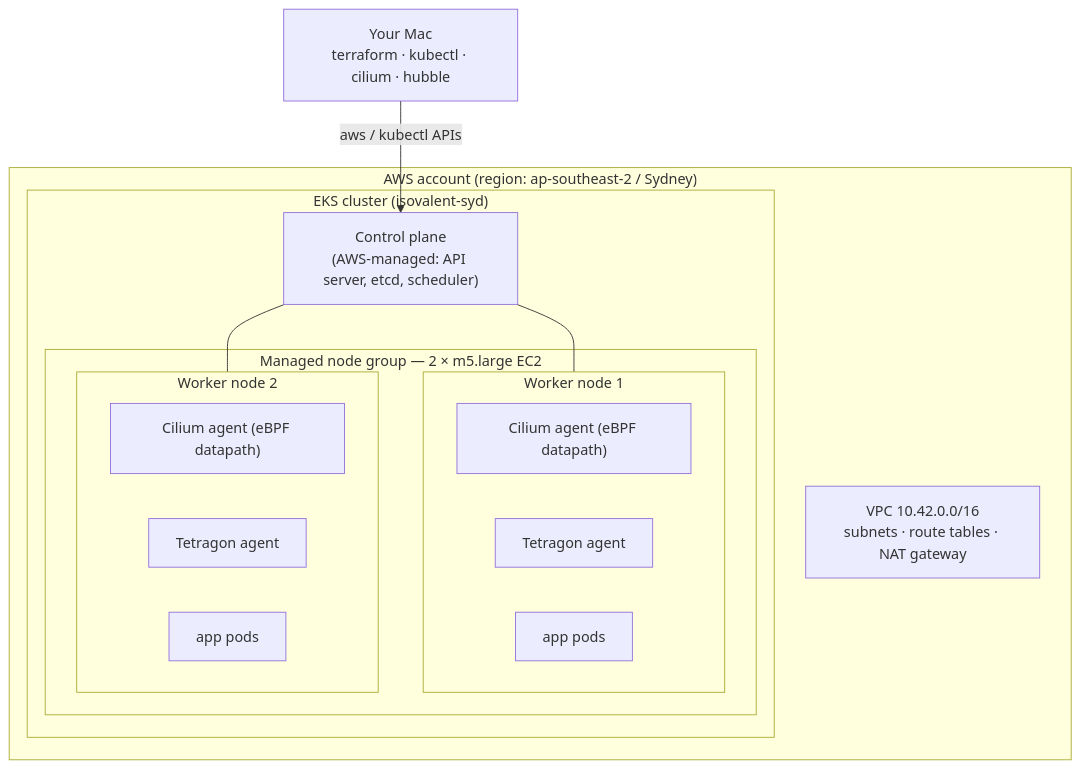
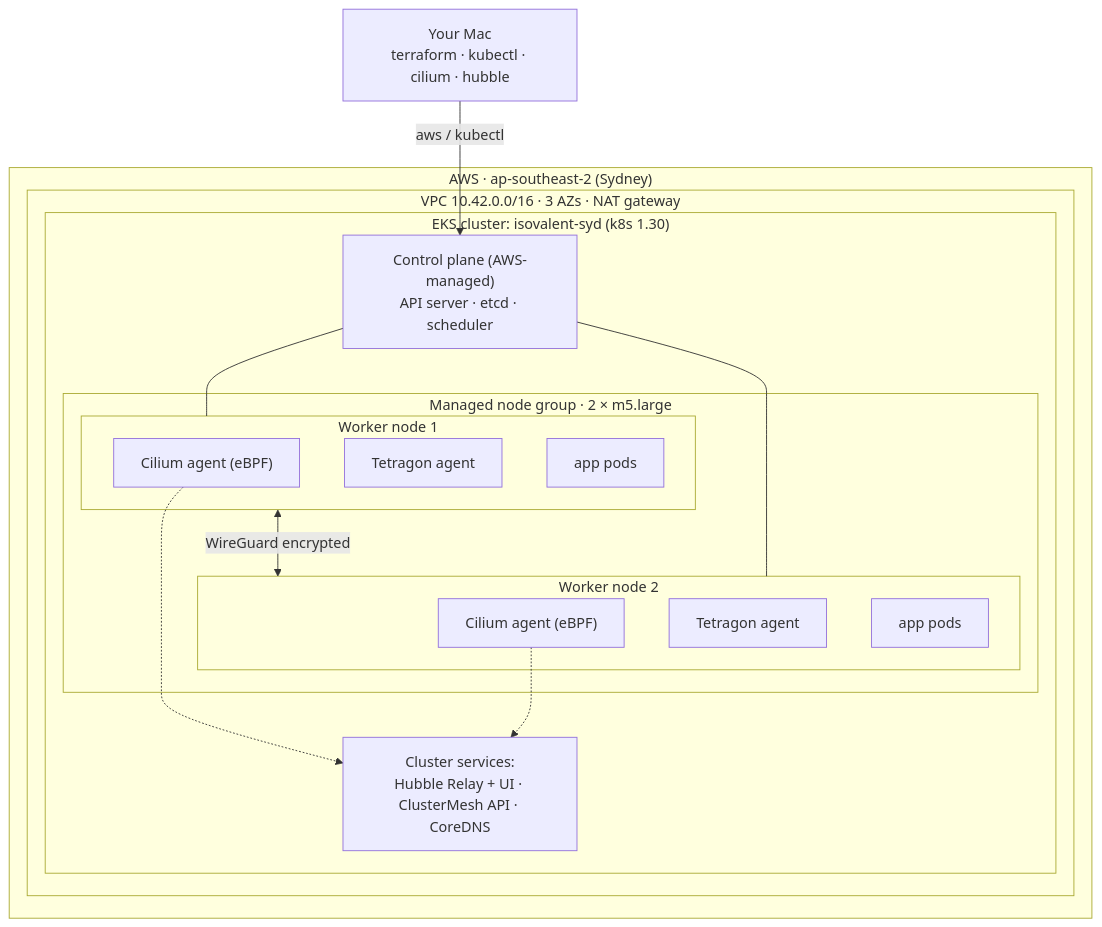
The first of 2 diagrams in FULL_DEPLOYMENT.md (thiachan/CiliumEnterprise-EKS), drawn with Mermaid before and after one commit. The commit also changed other lines of this file and 2 other files, not shown here.

Commit message:
docs: make the three guides consistent and interconnected
- add an identical 'Course map' banner (Part 0/1/2) to every doc so readers
  always know where they are and where to go next
- unify the topology diagram: one canonical version (agents per node, Hubble/
  ClusterMesh/CoreDNS as cluster services) shared by README and FULL_DEPLOYMENT,
  replacing the inconsistent single-node depiction
- align README learning path and repo layout to Part 0/1/2 naming; list all docs
- close the loop: ISOVALENT_FEATURES now points back to Teardown

````diff
--- a/FULL_DEPLOYMENT.md
+++ b/FULL_DEPLOYMENT.md
@@ -76,24 +86,30 @@
 ```mermaid
 flowchart TB
-    subgraph AWS["AWS account (region: ap-southeast-2 / Sydney)"]
-        VPC["VPC 10.42.0.0/16<br/>subnets · route tables · NAT gateway"]
-        subgraph EKS["EKS cluster (isovalent-syd)"]
-            CP["Control plane<br/>(AWS-managed: API server, etcd, scheduler)"]
-            subgraph NODES["Managed node group — 2 × m5.large EC2"]
-                subgraph N1["Worker node 1"]
-                    CIL1["Cilium agent (eBPF datapath)"]
-                    TET1["Tetragon agent"]
-                    P1["app pods"]
+    YOU["Your Mac<br/>terraform · kubectl · cilium · hubble"]
+    subgraph AWS["AWS · ap-southeast-2 (Sydney)"]
+        subgraph VPC["VPC 10.42.0.0/16 · 3 AZs · NAT gateway"]
+            subgraph EKS["EKS cluster: isovalent-syd (k8s 1.30)"]
+                CP["Control plane (AWS-managed)<br/>API server · etcd · scheduler"]
+                subgraph NG["Managed node group · 2 × m5.large"]
+                    subgraph N1["Worker node 1"]
+                        A1["Cilium agent (eBPF)"]
+                        T1["Tetragon agent"]
+                        P1["app pods"]
+                    end
+                    subgraph N2["Worker node 2"]
+                        A2["Cilium agent (eBPF)"]
+                        T2["Tetragon agent"]
+                        P2["app pods"]
+                    end
                 end
-                subgraph N2["Worker node 2"]
-                    CIL2["Cilium agent (eBPF datapath)"]
-                    TET2["Tetragon agent"]
-                    P2["app pods"]
-                end
+                ADDON["Cluster services:<br/>Hubble Relay + UI · ClusterMesh API · CoreDNS"]
             end
         end
     end
-    YOU["Your Mac<br/>terraform · kubectl · cilium · hubble"] -->|"aws / kubectl APIs"| CP
+    YOU -->|aws / kubectl| CP
     CP --- N1
     CP --- N2
+    N1 <-->|WireGuard encrypted| N2
+    A1 -.-> ADDON
+    A2 -.-> ADDON
 ```
````
